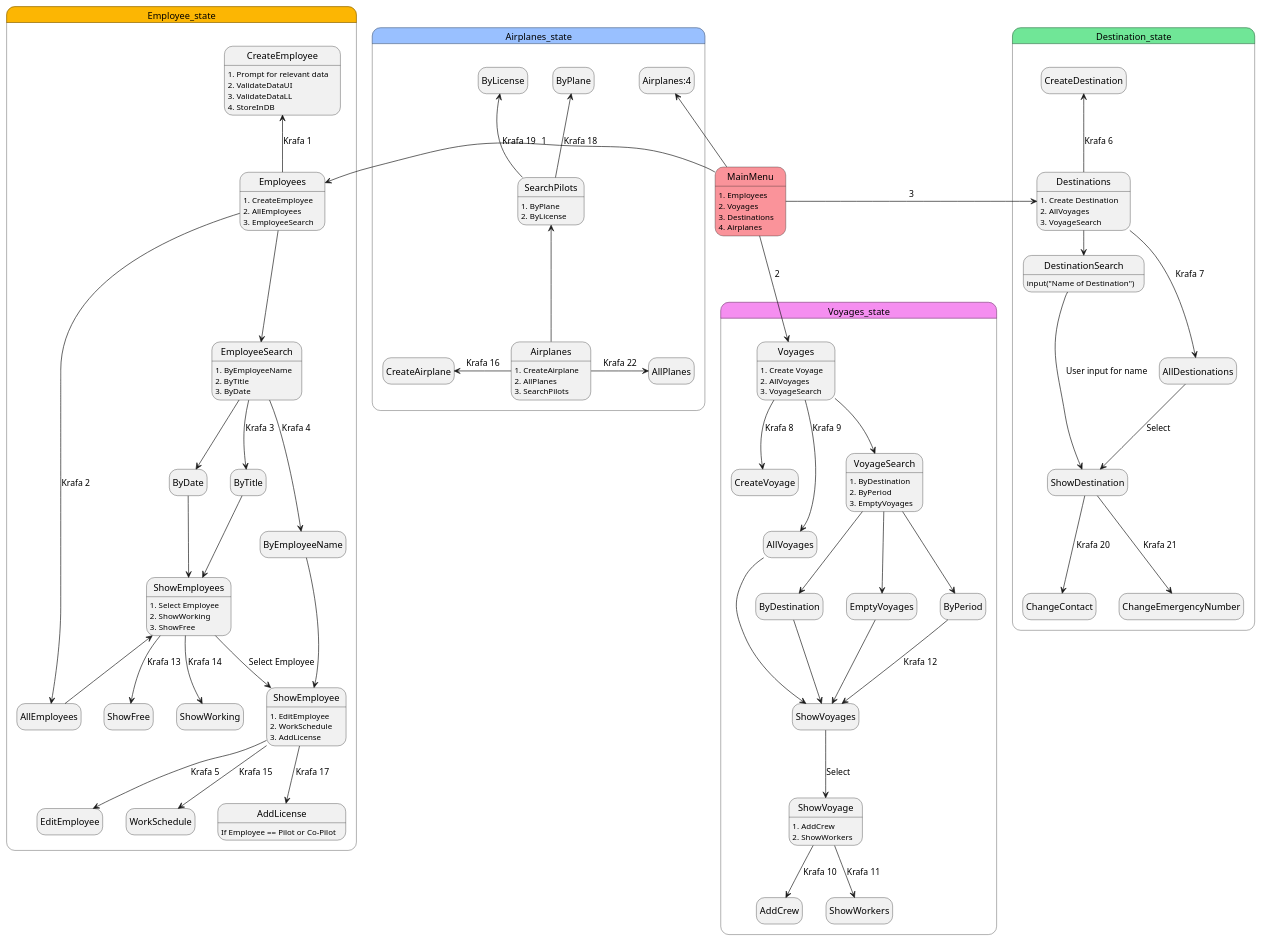
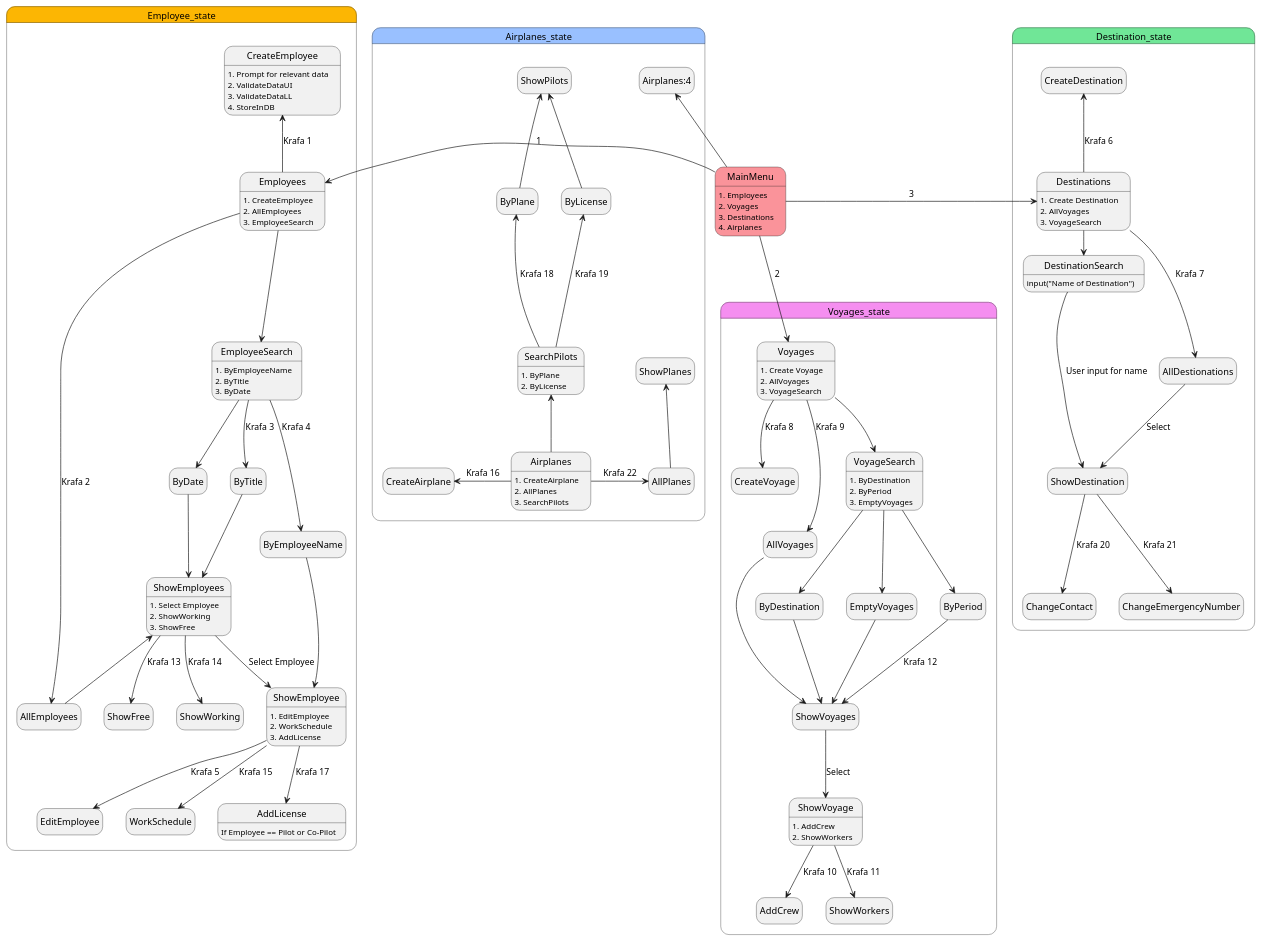
The diagram in state_diagrams/UI_State_Diagram.puml (irmalexandra/vln1_chuck_nan), drawn with PlantUML before and after one commit.

```diff
--- a/state_diagrams/UI_State_Diagram.puml
+++ b/state_diagrams/UI_State_Diagram.puml
@@ -1,82 +1,86 @@
 @startuml UI_states
 hide empty description
 MainMenu: 1. Employees \n2. Voyages \n3. Destinations \n4. Airplanes
 
 state Employee_state #fcb603{
 
     MainMenu #fa939a -Left-> Employees: 1
     Employees: 1. CreateEmployee \n2. AllEmployees \n3. EmployeeSearch
     Employees -up-> CreateEmployee: Krafa 1
     CreateEmployee: 1. Prompt for relevant data \n2. ValidateDataUI \n3. ValidateDataLL\n4. StoreInDB
     Employees -up-> AllEmployees: Krafa 2
     AllEmployees -up-> ShowEmployees
     Employees -down-> EmployeeSearch
     EmployeeSearch: 1. ByEmployeeName\n2. ByTitle \n3. ByDate
     EmployeeSearch --> ByTitle: Krafa 3
     ByTitle --> ShowEmployees
     ShowEmployees: 1. Select Employee \n2. ShowWorking \n3. ShowFree
     EmployeeSearch --> ByEmployeeName: Krafa 4
     ByEmployeeName --> ShowEmployee
     ShowEmployee: 1. EditEmployee \n2. WorkSchedule\n3. AddLicense
     ShowEmployee --> EditEmployee: Krafa 5
     ShowEmployee --> WorkSchedule: Krafa 15
     EmployeeSearch --> ByDate
     ByDate --> ShowEmployees
     ShowEmployees --> ShowFree: Krafa 13
     ShowEmployees --> ShowWorking: Krafa 14
     ShowEmployees --> ShowEmployee: Select Employee
     ShowEmployee --> AddLicense: Krafa 17
     AddLicense: If Employee == Pilot or Co-Pilot
 
 }
 
 
 state Voyages_state #f58ef0{
     MainMenu -Down-> Voyages: 2
     Voyages: 1. Create Voyage \n2. AllVoyages \n3. VoyageSearch
     Voyages --> CreateVoyage: Krafa 8
     Voyages --> AllVoyages: Krafa 9
     AllVoyages --> ShowVoyages
     Voyages --> VoyageSearch
     VoyageSearch: 1. ByDestination \n2. ByPeriod \n3. EmptyVoyages
     VoyageSearch --> ByDestination
     VoyageSearch --> EmptyVoyages
     VoyageSearch --> ByPeriod
     ByDestination --> ShowVoyages
 
     EmptyVoyages --> ShowVoyages
     ByPeriod --> ShowVoyages: Krafa 12
     ShowVoyages --> ShowVoyage: Select
     ShowVoyage: 1. AddCrew \n2. ShowWorkers
     ShowVoyage --> AddCrew: Krafa 10
     ShowVoyage --> ShowWorkers: Krafa 11
 
 }
 
 state Destination_state #70e697{
     MainMenu -Right-> Destinations: 3
     Destinations:1. Create Destination \n2. AllVoyages \n3. VoyageSearch
     Destinations -up-> CreateDestination: Krafa 6
     Destinations -down-> AllDestionations: Krafa 7
     AllDestionations --> ShowDestination: Select
     Destinations -right-> DestinationSearch
     DestinationSearch: input("Name of Destination")
     DestinationSearch --> ShowDestination: User input for name
     ShowDestination --> ChangeContact: Krafa 20
     ShowDestination --> ChangeEmergencyNumber: Krafa 21
 
 }
 
 state Airplanes_state #99c0ff{
     MainMenu -up-> Airplanes:4 
     Airplanes: 1. CreateAirplane \n2. AllPlanes \n3. SearchPilots
     Airplanes -left-> CreateAirplane: Krafa 16
     Airplanes -right-> AllPlanes: Krafa 22
     Airplanes -up-> SearchPilots
     SearchPilots: 1. ByPlane \n2. ByLicense
     SearchPilots -up-> ByLicense: Krafa 19
     SearchPilots -up-> ByPlane: Krafa 18
+    ByPlane -up-> ShowPilots
+    ByLicense -up-> ShowPilots
+    AllPlanes -up-> ShowPlanes
+    
 
 }
 
 @enduml
```
